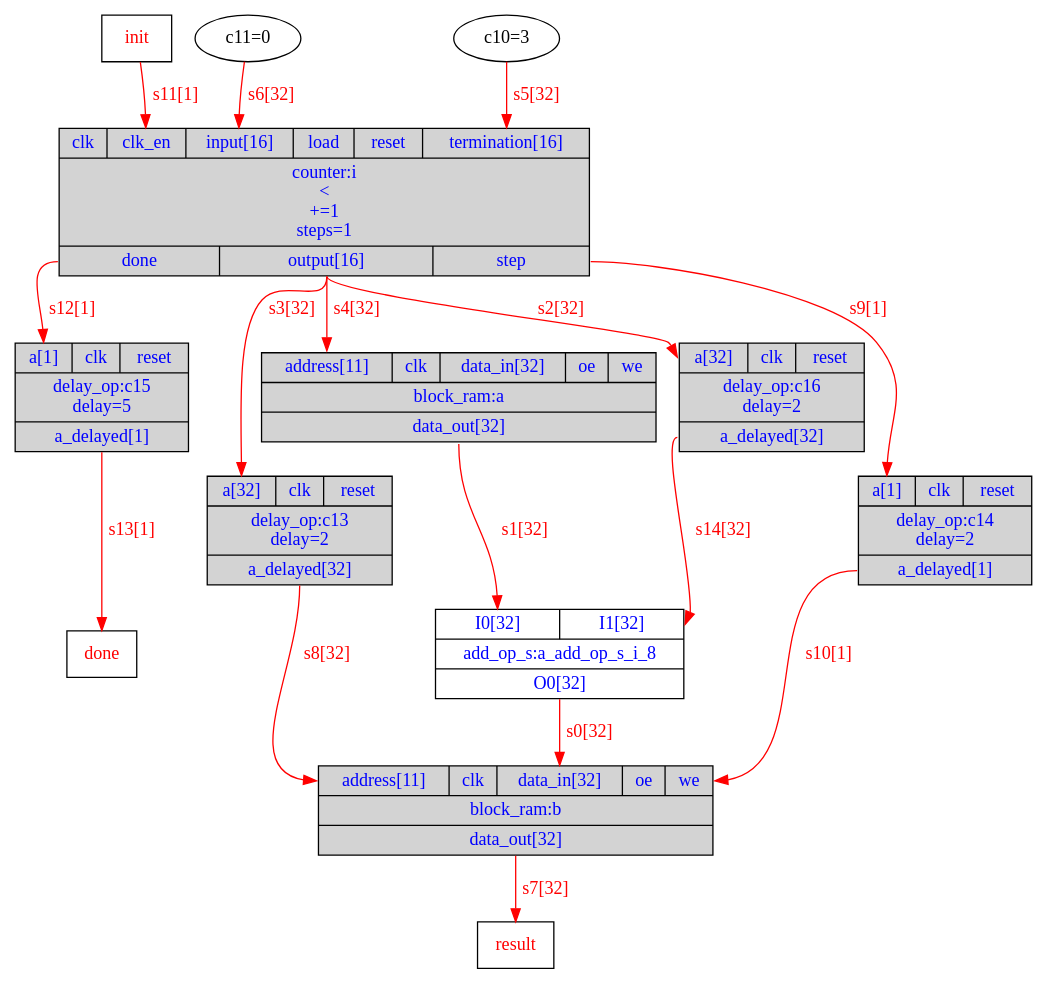
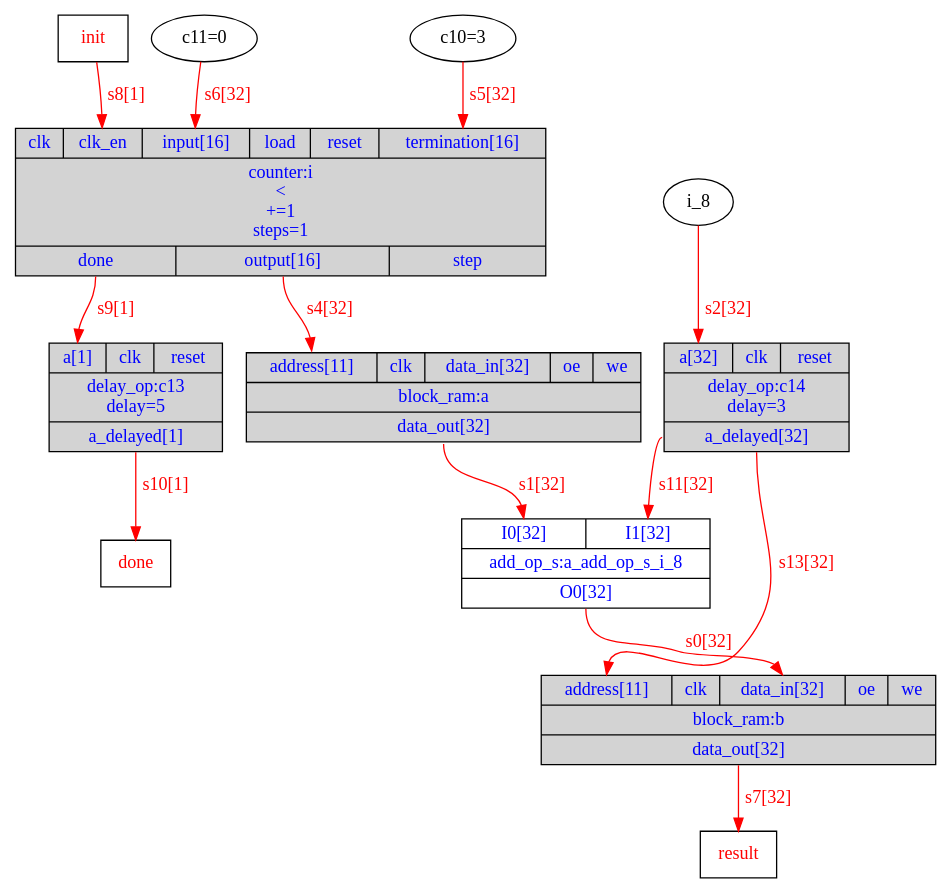
The diagram in Exemplos/indice2/DOT/Exemplo_HW.dot (menotti/lalp), drawn with Graphviz before and after one commit. The commit also changed 31 other files, not shown here.

```diff
--- a/Exemplos/indice2/DOT/Exemplo_HW.dot
+++ b/Exemplos/indice2/DOT/Exemplo_HW.dot
@@ -1,27 +1,22 @@
 digraph diagram {
 // Components (Nodes) 
 "i" [shape=record, fontcolor=blue, style="filled", fillcolor="lightgray", label="{{<clk>clk|<clk_en>clk_en|<input>input[16]|<load>load|<reset>reset|<termination>termination[16]}|counter:i\n\<\n+=1\nsteps=1|{<done>done|<output>output[16]|<step>step}}"]; 
 "b" [shape=record, fontcolor=blue, style="filled", fillcolor="lightgray", label="{{<address>address[11]|<clk>clk|<data_in>data_in[32]|<oe>oe|<we>we}|block_ram:b|{<data_out>data_out[32]}}"]; 
 "a_add_op_s_i_8" [shape=record, fontcolor=blue, label="{{<I0>I0[32]|<I1>I1[32]}|add_op_s:a_add_op_s_i_8|{<O0>O0[32]}}"]; 
 "a" [shape=record, fontcolor=blue, style="filled", fillcolor="lightgray", label="{{<address>address[11]|<clk>clk|<data_in>data_in[32]|<oe>oe|<we>we}|block_ram:a|{<data_out>data_out[32]}}"]; 
-"init" [shape=msquare fontcolor=red label="init"]"done" [shape=msquare fontcolor=red label="done"]"c10" [fontcolor=b label="c10=3"]"c11" [fontcolor=b label="c11=0"]"result" [shape=msquare fontcolor=red label="result"]"c13" [shape=record, fontcolor=blue, style="filled", fillcolor="lightgray", label="{{<a>a[32]|<clk>clk|<reset>reset}|delay_op:c13\ndelay=2|{<a_delayed>a_delayed[32]}}"]; 
-"c14" [shape=record, fontcolor=blue, style="filled", fillcolor="lightgray", label="{{<a>a[1]|<clk>clk|<reset>reset}|delay_op:c14\ndelay=2|{<a_delayed>a_delayed[1]}}"]; 
-"c15" [shape=record, fontcolor=blue, style="filled", fillcolor="lightgray", label="{{<a>a[1]|<clk>clk|<reset>reset}|delay_op:c15\ndelay=5|{<a_delayed>a_delayed[1]}}"]; 
-"c16" [shape=record, fontcolor=blue, style="filled", fillcolor="lightgray", label="{{<a>a[32]|<clk>clk|<reset>reset}|delay_op:c16\ndelay=2|{<a_delayed>a_delayed[32]}}"]; 
+"init" [shape=msquare fontcolor=red label="init"]"done" [shape=msquare fontcolor=red label="done"]"c10" [fontcolor=b label="c10=3"]"c11" [fontcolor=b label="c11=0"]"result" [shape=msquare fontcolor=red label="result"]"c13" [shape=record, fontcolor=blue, style="filled", fillcolor="lightgray", label="{{<a>a[1]|<clk>clk|<reset>reset}|delay_op:c13\ndelay=5|{<a_delayed>a_delayed[1]}}"]; 
+"c14" [shape=record, fontcolor=blue, style="filled", fillcolor="lightgray", label="{{<a>a[32]|<clk>clk|<reset>reset}|delay_op:c14\ndelay=3|{<a_delayed>a_delayed[32]}}"]; 
 // Signals (Edges) 
 "a_add_op_s_i_8":O0 -> "b":data_in[label="s0[32]" color=red fontcolor=red]; 
 "a":data_out -> "a_add_op_s_i_8":I0[label="s1[32]" color=red fontcolor=red]; 
-"i":output -> "c16":a[label="s2[32]" color=red fontcolor=red]; 
-"i":output -> "c13":a[label="s3[32]" color=red fontcolor=red]; 
+"i_8":O0 -> "c14":a[label="s2[32]" color=red fontcolor=red]; 
 "i":output -> "a":address[label="s4[32]" color=red fontcolor=red]; 
 "c10":out -> "i":termination[label="s5[32]" color=red fontcolor=red]; 
 "c11":out -> "i":input[label="s6[32]" color=red fontcolor=red]; 
 "b":data_out -> "result":in[label="s7[32]" color=red fontcolor=red]; 
-"c13":a_delayed -> "b":address[label="s8[32]" color=red fontcolor=red]; 
-"i":step -> "c14":a[label="s9[1]" color=red fontcolor=red]; 
-"c14":a_delayed -> "b":we[label="s10[1]" color=red fontcolor=red]; 
-"init":out -> "i":clk_en[label="s11[1]" color=red fontcolor=red]; 
-"i":done -> "c15":a[label="s12[1]" color=red fontcolor=red]; 
-"c15":a_delayed -> "done":in[label="s13[1]" color=red fontcolor=red]; 
-"c16":a_delayed -> "a_add_op_s_i_8":I1[label="s14[32]" color=red fontcolor=red]; 
+"init":out -> "i":clk_en[label="s8[1]" color=red fontcolor=red]; 
+"i":done -> "c13":a[label="s9[1]" color=red fontcolor=red]; 
+"c13":a_delayed -> "done":in[label="s10[1]" color=red fontcolor=red]; 
+"c14":a_delayed -> "a_add_op_s_i_8":I1[label="s11[32]" color=red fontcolor=red]; 
+"c14":a_delayed -> "b":address[label="s13[32]" color=red fontcolor=red]; 
 }
```
